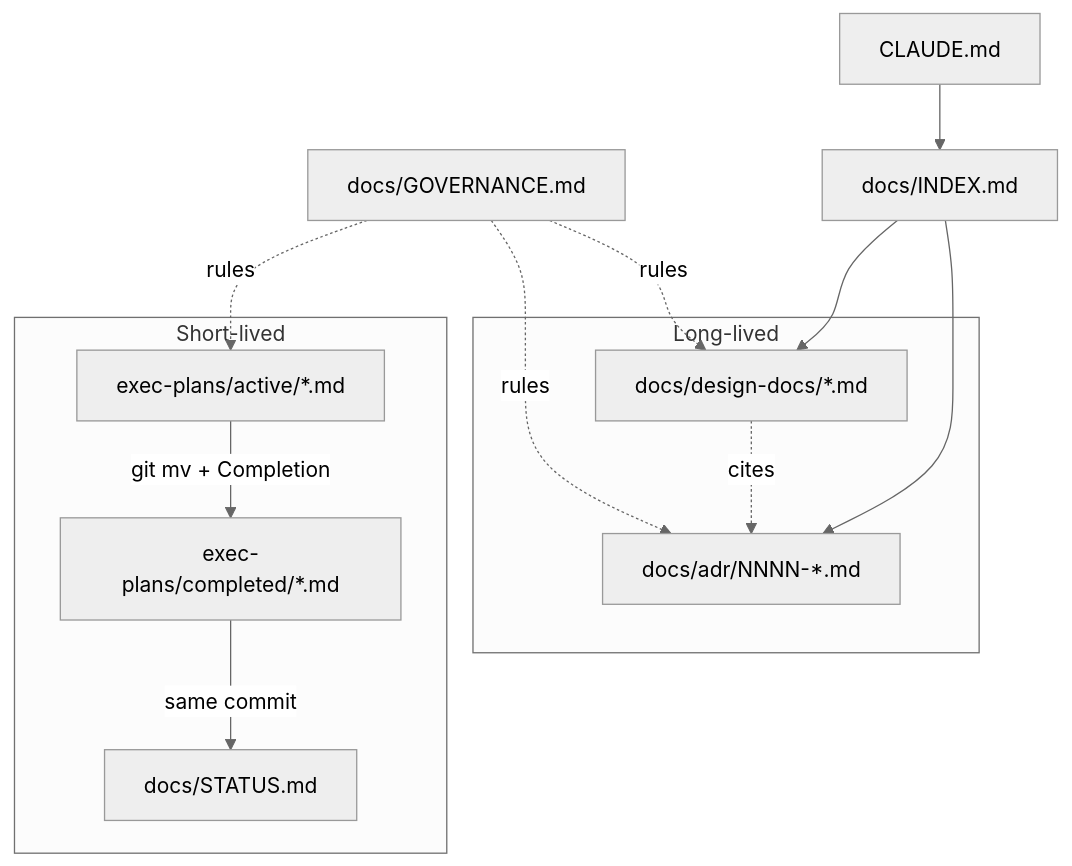
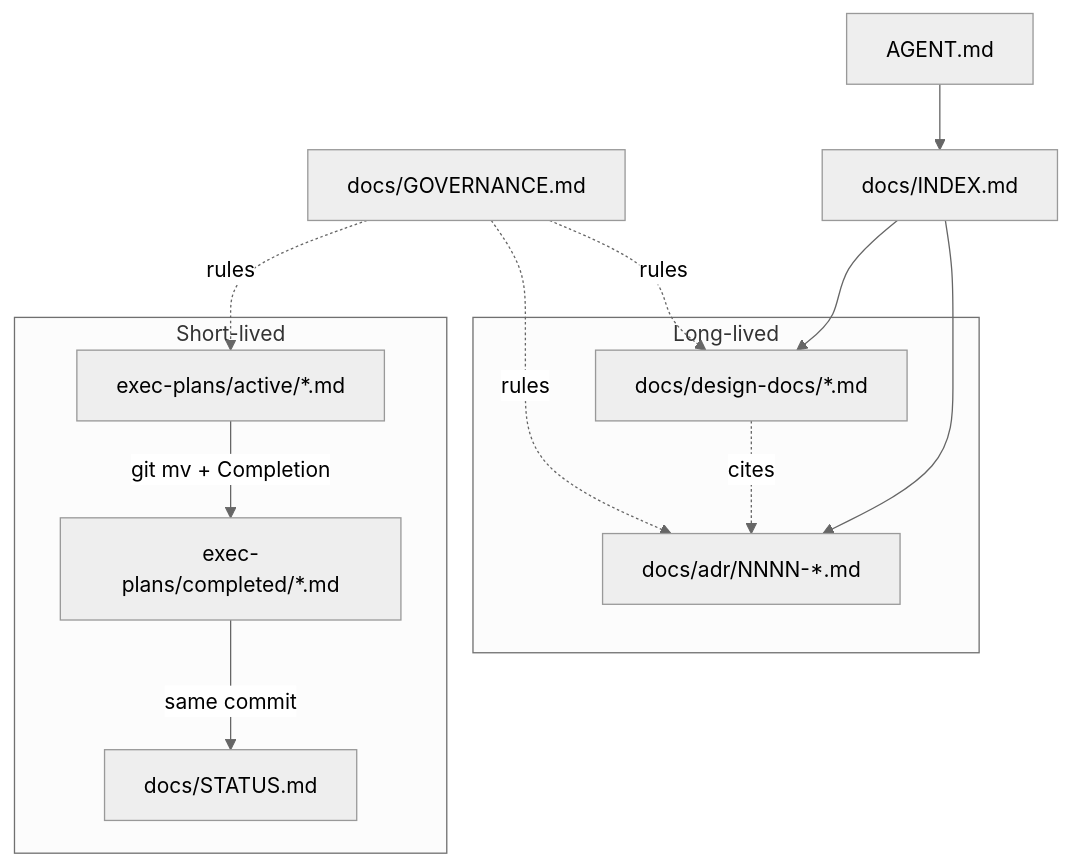
The diagram in DOCS-STRUCTURE.md (YooKyubin/SlotRogue), drawn with Mermaid (neutral theme) before and after one commit. The commit also changed other lines of this file and 7 other files, not shown here.

Commit message:
CLAUDE.md -> AGENT.md 변경- 문서 내부 포인팅 변경

````diff
--- a/DOCS-STRUCTURE.md
+++ b/DOCS-STRUCTURE.md
@@ -73,21 +73,21 @@
 ```mermaid
 flowchart TB
   subgraph longLived [Long-lived]
     ADR["docs/adr/NNNN-*.md"]
     DD["docs/design-docs/*.md"]
   end
   subgraph shortLived [Short-lived]
     ActiveEP["exec-plans/active/*.md"]
     DoneEP["exec-plans/completed/*.md"]
     Status["docs/STATUS.md"]
   end
-  Claude["CLAUDE.md"] --> Index["docs/INDEX.md"]
+  Agent["AGENT.md"] --> Index["docs/INDEX.md"]
   Index --> DD
   Index --> ADR
   DD -. cites .-> ADR
   ActiveEP -->|"git mv + Completion"| DoneEP
   DoneEP -->|"same commit"| Status
   Gov["docs/GOVERNANCE.md"] -. rules .-> ADR
   Gov -. rules .-> DD
   Gov -. rules .-> ActiveEP
 ```
````
